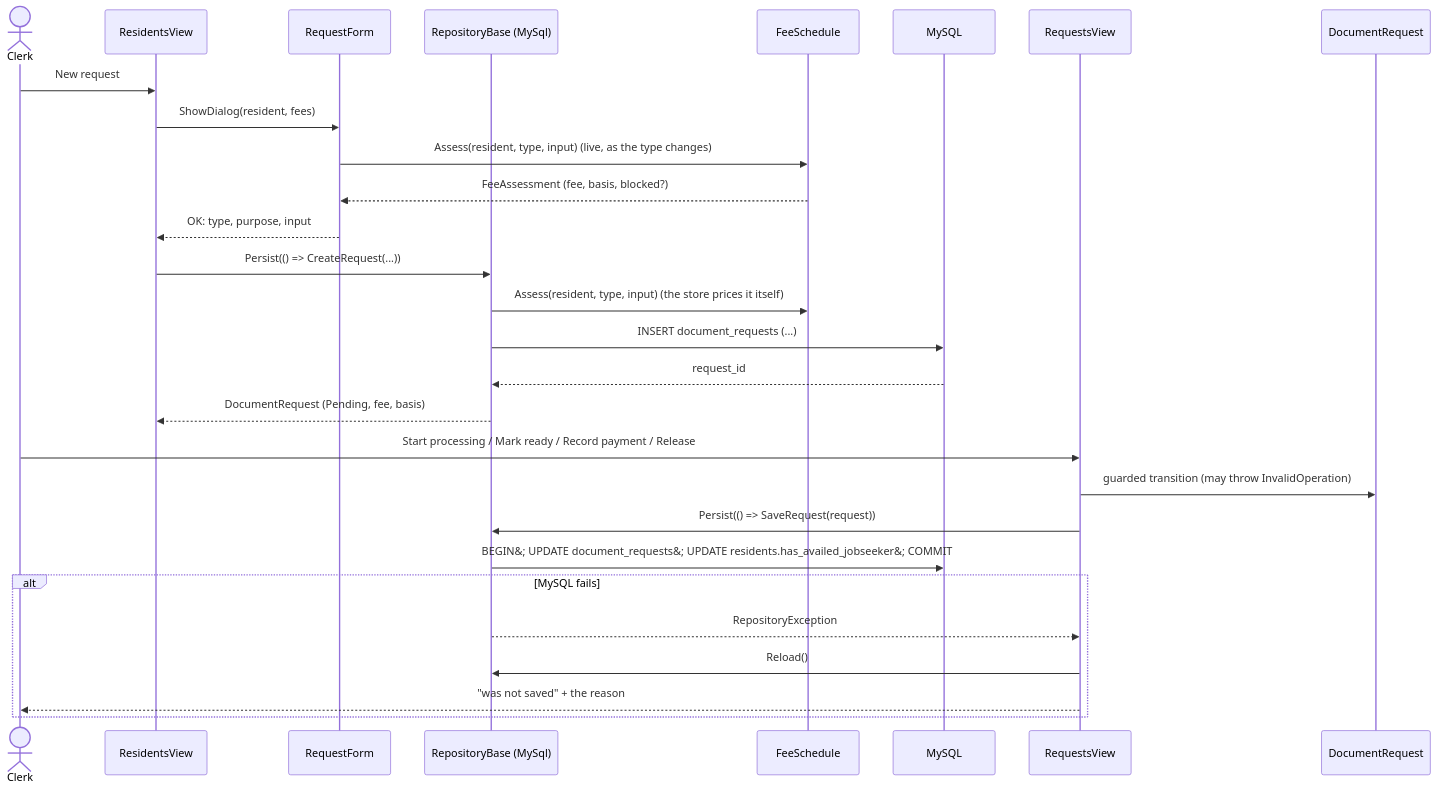
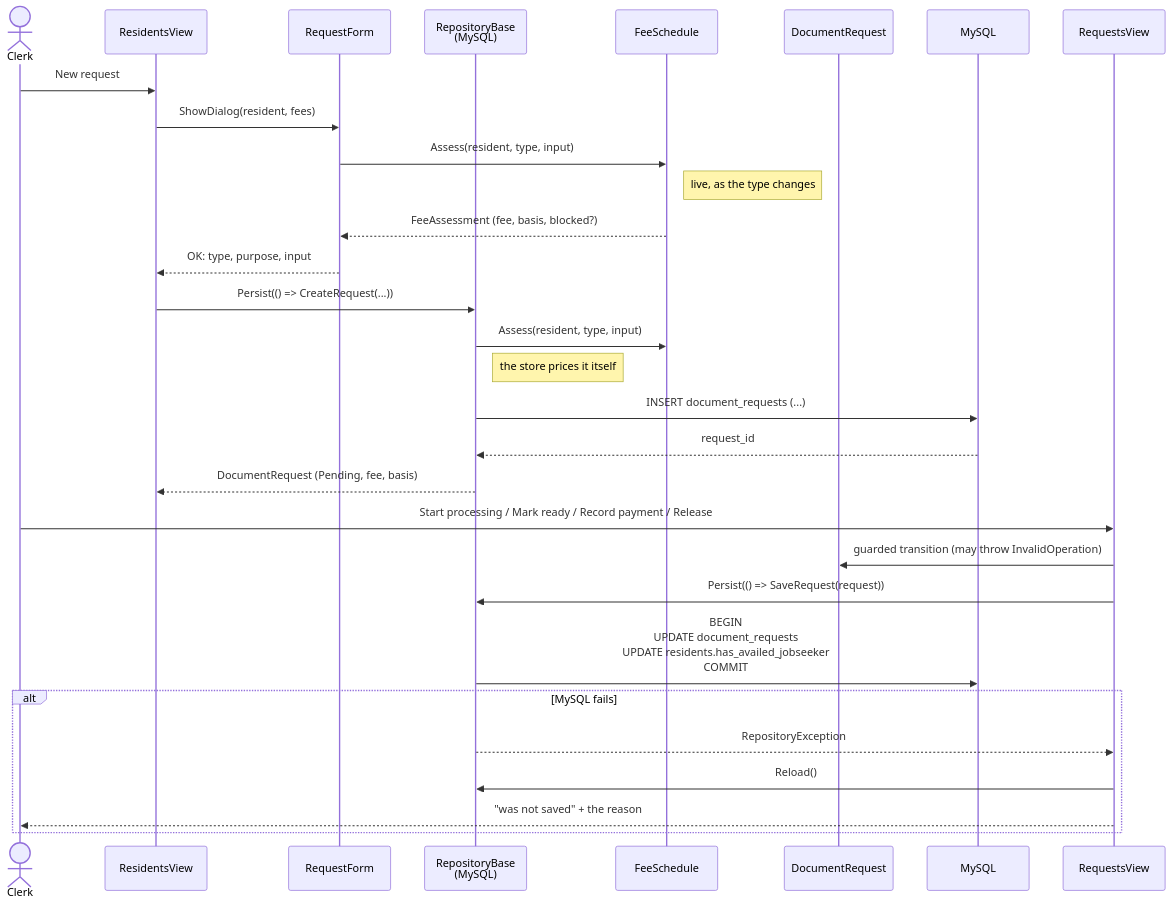
Before and after one commit to cgado2004/Project_BarangayDocumentSystem: the fifth of 5 diagrams in docs/09-object-model.md, drawn with Mermaid.

Commit message:
Fix formatting in object model sequence diagram

````diff
--- a/docs/09-object-model.md
+++ b/docs/09-object-model.md
@@ -361,30 +361,34 @@
 ```mermaid
 sequenceDiagram
     actor Clerk
     participant RV as ResidentsView
     participant RF as RequestForm
-    participant Repo as RepositoryBase (MySql)
+    participant Repo as RepositoryBase<br/>(MySQL)
     participant Fees as FeeSchedule
+    participant DR as DocumentRequest
     participant DB as MySQL
+    participant ReqV as RequestsView
 
     Clerk->>RV: New request
     RV->>RF: ShowDialog(resident, fees)
-    RF->>Fees: Assess(resident, type, input)   (live, as the type changes)
+    RF->>Fees: Assess(resident, type, input)
+    Note right of Fees: live, as the type changes
     Fees-->>RF: FeeAssessment (fee, basis, blocked?)
     RF-->>RV: OK: type, purpose, input
     RV->>Repo: Persist(() => CreateRequest(...))
-    Repo->>Fees: Assess(resident, type, input)   (the store prices it itself)
+    Repo->>Fees: Assess(resident, type, input)
+    Note right of Repo: the store prices it itself
     Repo->>DB: INSERT document_requests (...)
     DB-->>Repo: request_id
     Repo-->>RV: DocumentRequest (Pending, fee, basis)
 
-    Clerk->>RequestsView: Start processing / Mark ready / Record payment / Release
-    RequestsView->>DocumentRequest: guarded transition (may throw InvalidOperation)
-    RequestsView->>Repo: Persist(() => SaveRequest(request))
-    Repo->>DB: BEGIN&#59; UPDATE document_requests&#59; UPDATE residents.has_availed_jobseeker&#59; COMMIT
+    Clerk->>ReqV: Start processing / Mark ready / Record payment / Release
+    ReqV->>DR: guarded transition (may throw InvalidOperation)
+    ReqV->>Repo: Persist(() => SaveRequest(request))
+    Repo->>DB: BEGIN<br/>UPDATE document_requests<br/>UPDATE residents.has_availed_jobseeker<br/>COMMIT
     alt MySQL fails
-        Repo-->>RequestsView: RepositoryException
-        RequestsView->>Repo: Reload()
-        RequestsView-->>Clerk: "was not saved" + the reason
+        Repo-->>ReqV: RepositoryException
+        ReqV->>Repo: Reload()
+        ReqV-->>Clerk: "was not saved" + the reason
     end
 ```
````
